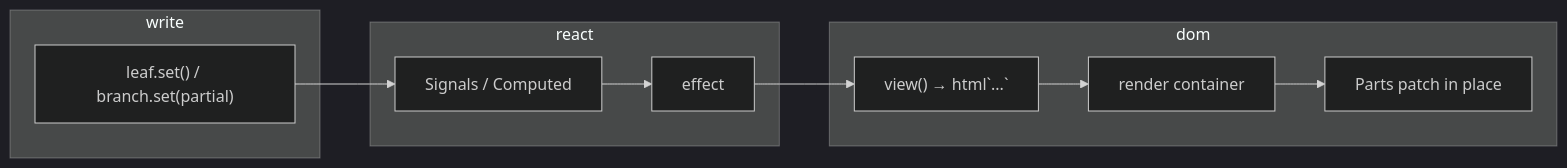
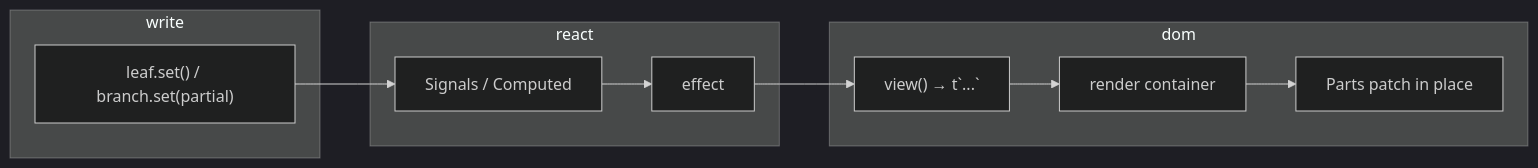
The diagram in std-ui/src/doc/signal-drives-html.md (metasong/std-ui), drawn with Mermaid (dark theme) before and after one commit. The commit also changed other lines of this file and 61 other files, not shown here.

````diff
--- a/std-ui/src/doc/signal-drives-html.md
+++ b/std-ui/src/doc/signal-drives-html.md
@@ -140,20 +140,20 @@
 ```mermaid
 flowchart LR
   subgraph write
     W["leaf.set() / branch.set(partial)"]
   end
   subgraph react
     S[Signals / Computed]
     E[effect]
   end
   subgraph dom
-    V["view() → html`...`"]
+    V["view() → t`...`"]
     R[render container]
     P[Parts patch in place]
   end
   W --> S
   S --> E
   E --> V
   V --> R
   R --> P
 ```
````
